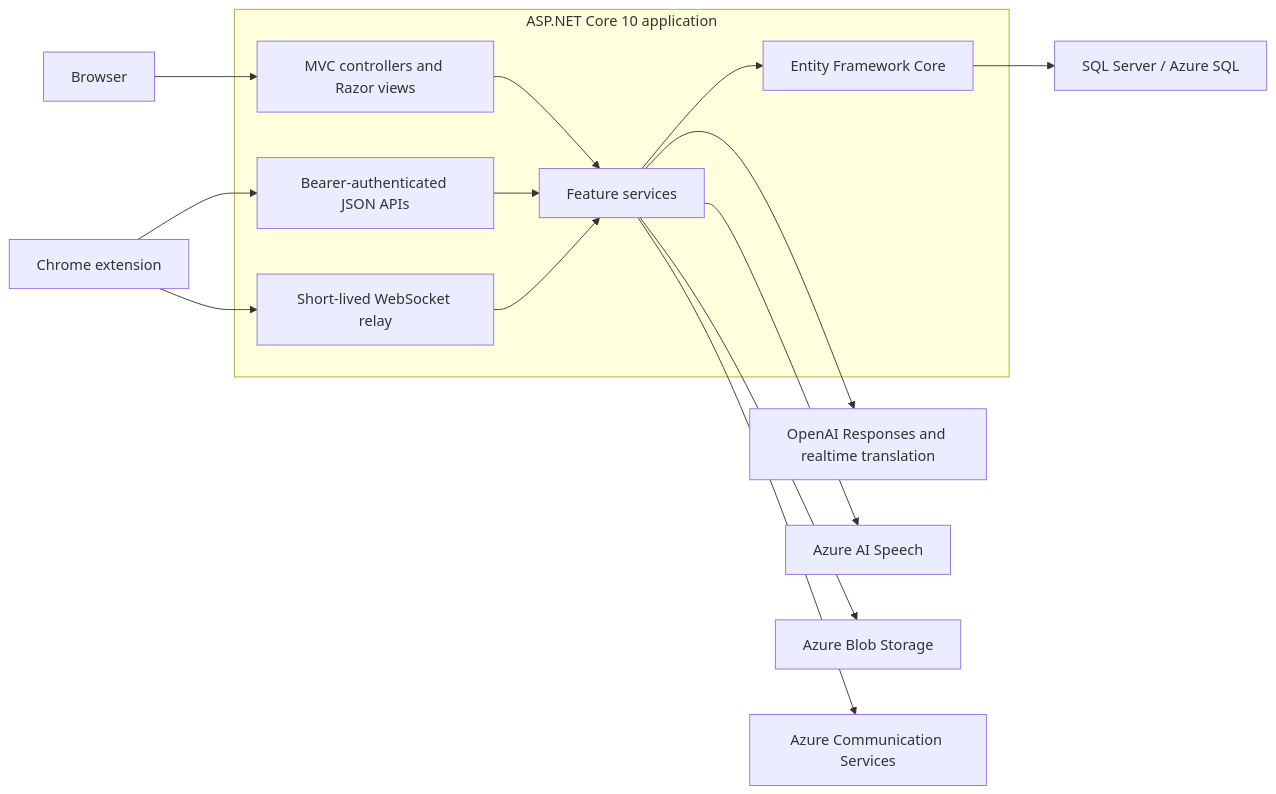
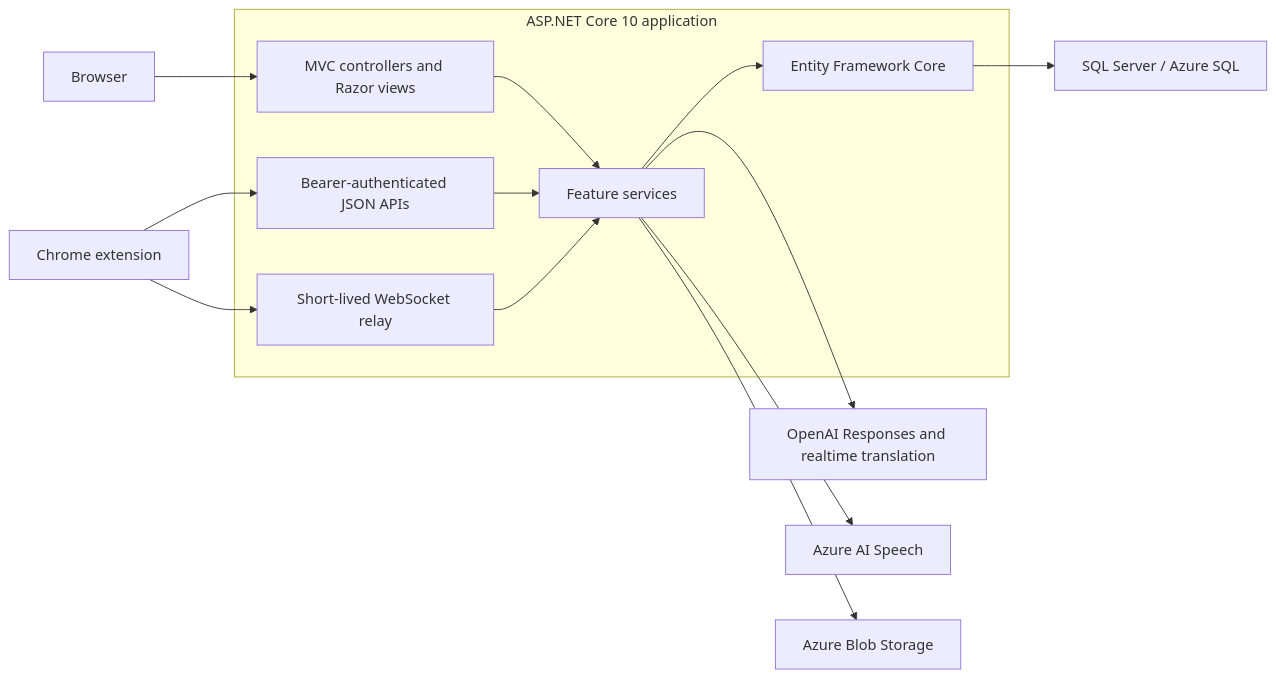
One commit to gusbo9233/Glosify-.net changed the diagram in docs/portfolio-case-study.md. Above: the diagram before and after it, drawn with Mermaid. The commit also changed other lines of this file and 209 other files, not shown here.

````diff
--- a/docs/portfolio-case-study.md
+++ b/docs/portfolio-case-study.md
@@ -76,21 +67,20 @@
 ```mermaid
 flowchart LR
     Browser["Browser"]
     Extension["Chrome extension"]
 
     subgraph WebApp["ASP.NET Core 10 application"]
         MVC["MVC controllers and Razor views"] --> Services["Feature services"]
         API["Bearer-authenticated JSON APIs"] --> Services
         Relay --> Services
         Services --> EF["Entity Framework Core"]
     end
 
     Browser --> MVC
     Extension --> API
     Extension --> Relay["Short-lived WebSocket relay"]
     EF --> SQL["SQL Server / Azure SQL"]
     Services --> OpenAI["OpenAI Responses and realtime translation"]
     Services --> Speech["Azure AI Speech"]
     Services --> Storage["Azure Blob Storage"]
-    Services --> ACS["Azure Communication Services"]
 ```
````
